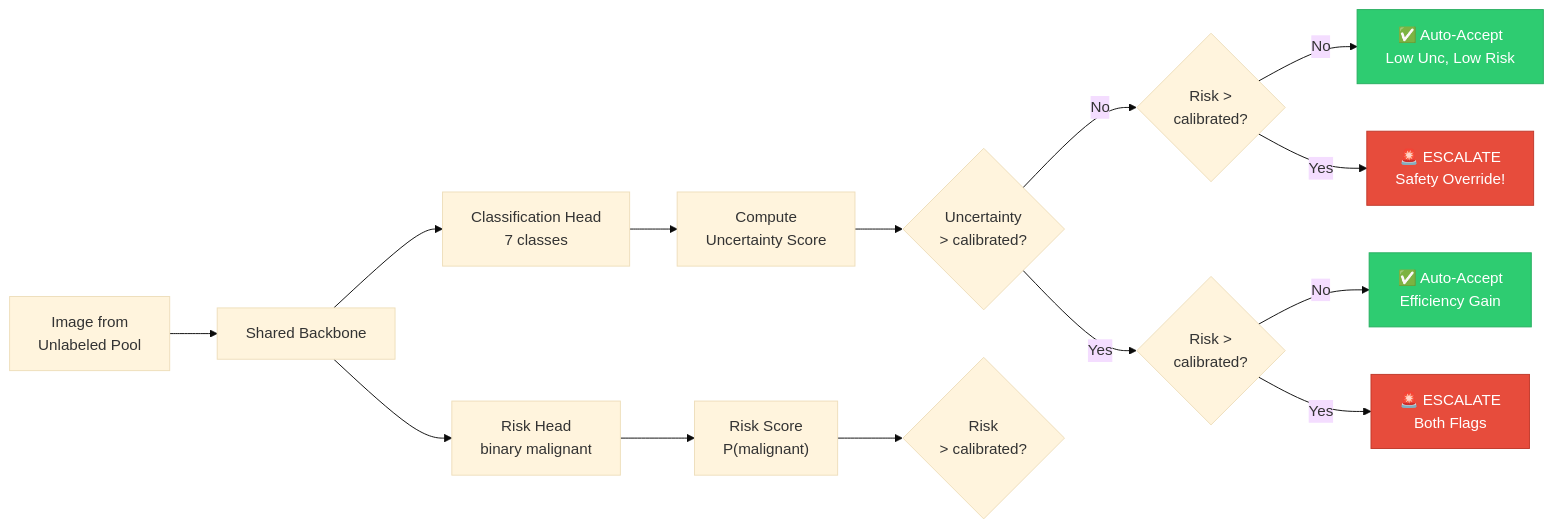
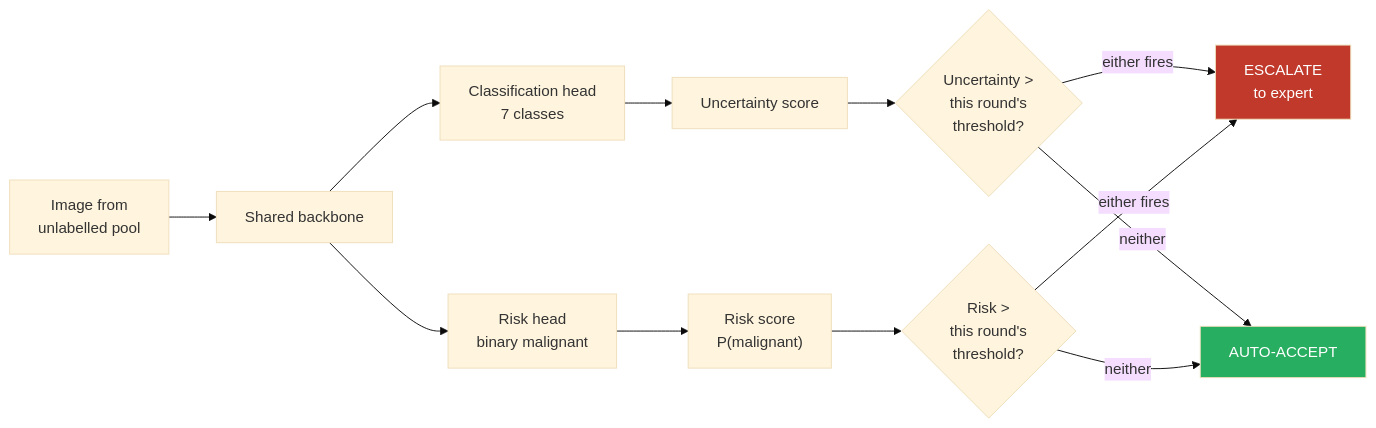
Before and after one commit to DyneStein/RiskAware-ActiveLearning: the diagram in README.md, drawn with Mermaid (base theme). The commit also changed other lines of this file and 546 other files, not shown here.

````diff
--- a/README.md
+++ b/README.md
@@ -101,24 +201,16 @@
 ```mermaid
 flowchart LR
-    A["Image from<br/>Unlabeled Pool"] --> B["Shared Backbone"]
-    B --> C0["Classification Head<br/>7 classes"]
-    B --> D0["Risk Head<br/>binary malignant"]
-    C0 --> C["Compute<br/>Uncertainty Score"]
-    D0 --> D["Risk Score<br/>P(malignant)"]
-
-    C --> E{"Uncertainty<br/>> calibrated?"}
-    D --> F{"Risk<br/>> calibrated?"}
-
-    E -->|No| G{"Risk ><br/>calibrated?"}
-    E -->|Yes| H{"Risk ><br/>calibrated?"}
-
-    G -->|No| I["✅ Auto-Accept<br/>Low Unc, Low Risk"]
-    G -->|Yes| J["🚨 ESCALATE<br/>Safety Override!"]
-    H -->|No| K["✅ Auto-Accept<br/>Efficiency Gain"]
-    H -->|Yes| L["🚨 ESCALATE<br/>Both Flags"]
-
-    style J fill:#e74c3c,stroke:#c0392b,color:#fff
-    style L fill:#e74c3c,stroke:#c0392b,color:#fff
-    style I fill:#2ecc71,stroke:#27ae60,color:#fff
-    style K fill:#2ecc71,stroke:#27ae60,color:#fff
+    A["Image from<br/>unlabelled pool"] --> B["Shared backbone"]
+    B --> C0["Classification head<br/>7 classes"]
+    B --> D0["Risk head<br/>binary malignant"]
+    C0 --> C["Uncertainty score"]
+    D0 --> D["Risk score<br/>P(malignant)"]
+    C --> E{"Uncertainty ><br/>this round's<br/>threshold?"}
+    D --> F{"Risk ><br/>this round's<br/>threshold?"}
+    E -->|either fires| J["ESCALATE<br/>to expert"]
+    F -->|either fires| J
+    E -->|neither| I["AUTO-ACCEPT"]
+    F -->|neither| I
+    style J fill:#c0392b,color:#fff
+    style I fill:#27ae60,color:#fff
 ```
````
